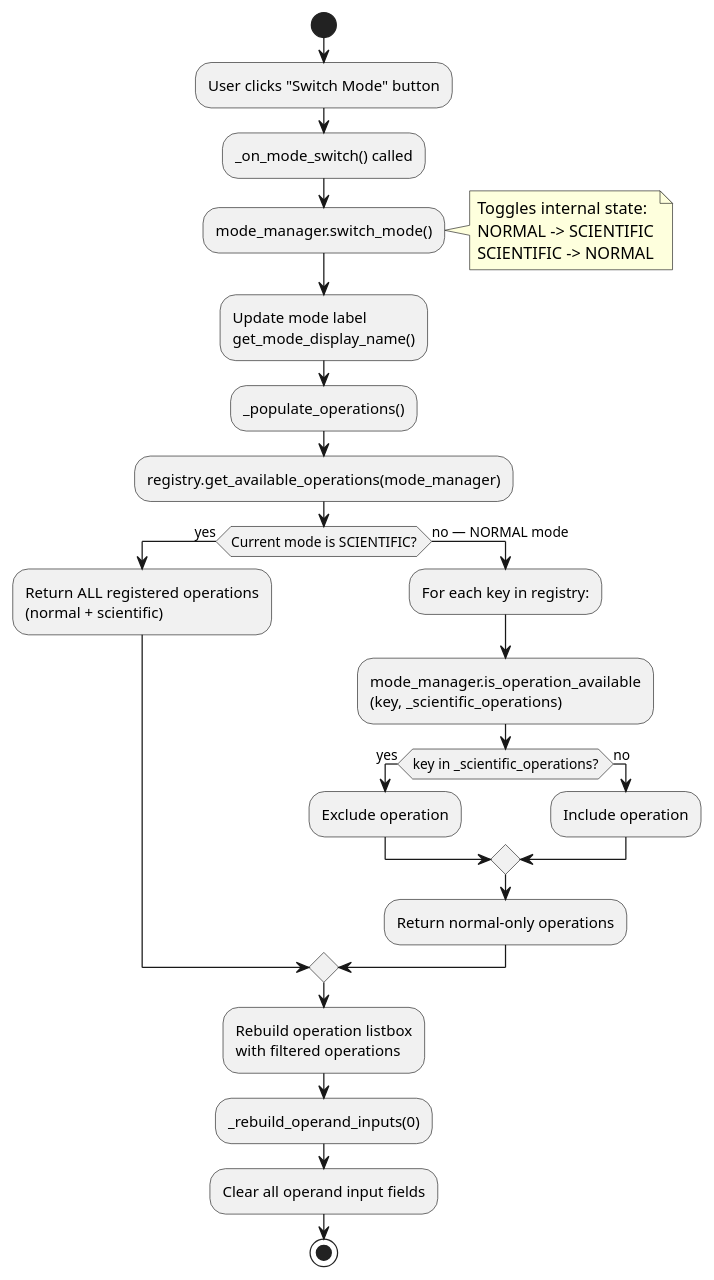
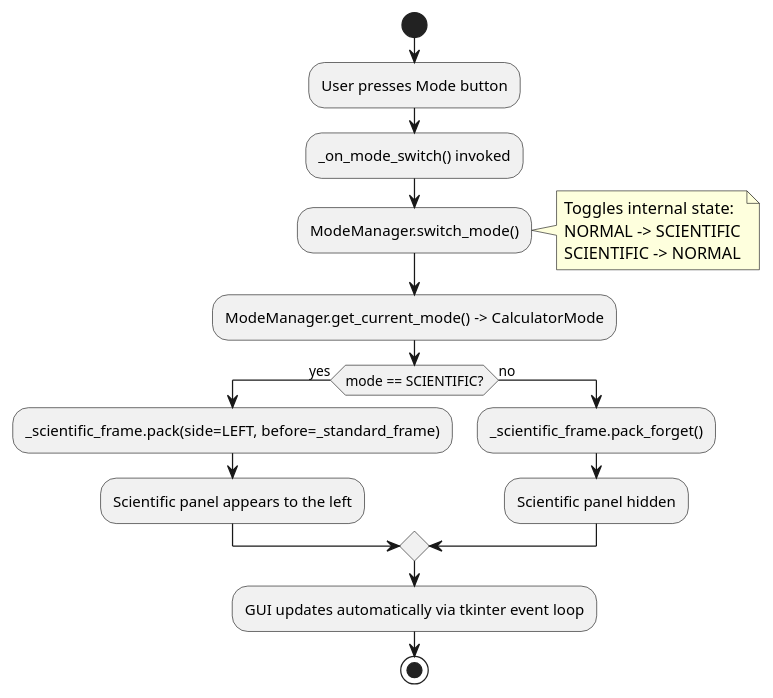
Before and after one commit to DanielRiha8906/Calculator_bachelor_autoevolution_team: the diagram in artifacts/activity_diagram_gui_mode_switch.puml, drawn with PlantUML. The commit also changed 3 other files, not shown here.

First line of the commit message:
chore: update diagrams for iOS calculator GUI redesign

```diff
--- a/artifacts/activity_diagram_gui_mode_switch.puml
+++ b/artifacts/activity_diagram_gui_mode_switch.puml
@@ -1,43 +1,30 @@
 @startuml activity_diagram_gui_mode_switch
 
 start
 
-:User clicks "Switch Mode" button;
-:_on_mode_switch() called;
+:User presses Mode button;
+:_on_mode_switch() invoked;
 
-:mode_manager.switch_mode();
+:ModeManager.switch_mode();
 
 note right
   Toggles internal state:
   NORMAL -> SCIENTIFIC
   SCIENTIFIC -> NORMAL
 end note
 
-:Update mode label\nget_mode_display_name();
+:ModeManager.get_current_mode() -> CalculatorMode;
 
-:_populate_operations();
-
-:registry.get_available_operations(mode_manager);
-
-if (Current mode is SCIENTIFIC?) then (yes)
-    :Return ALL registered operations\n(normal + scientific);
-else (no — NORMAL mode)
-    :For each key in registry:;
-    :mode_manager.is_operation_available\n(key, _scientific_operations);
-    if (key in _scientific_operations?) then (yes)
-        :Exclude operation;
-    else (no)
-        :Include operation;
-    endif
-    :Return normal-only operations;
+if (mode == SCIENTIFIC?) then (yes)
+    :_scientific_frame.pack(side=LEFT, before=_standard_frame);
+    :Scientific panel appears to the left;
+else (no)
+    :_scientific_frame.pack_forget();
+    :Scientific panel hidden;
 endif
 
-:Rebuild operation listbox\nwith filtered operations;
-
-:_rebuild_operand_inputs(0);
-
-:Clear all operand input fields;
+:GUI updates automatically via tkinter event loop;
 
 stop
 
 @enduml
```
